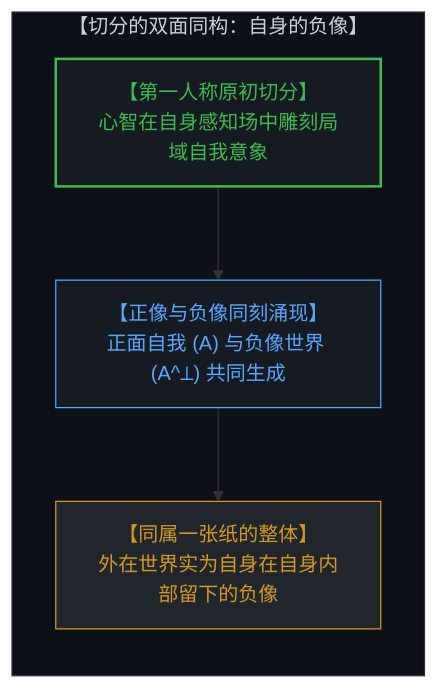
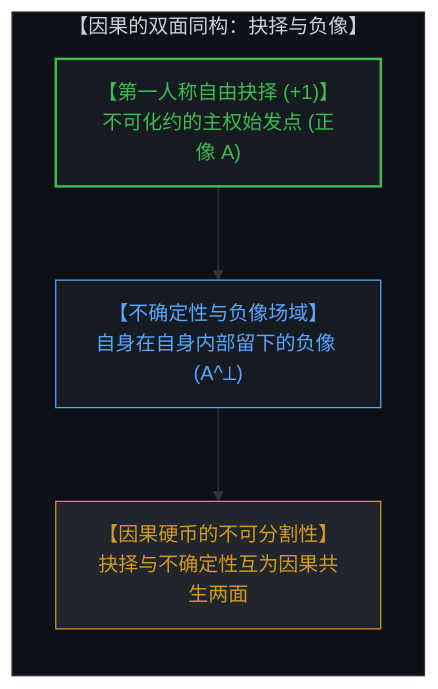
The third of 6 diagrams in content/posts/the-geometry-of-coexistence-and-the-dual-cut.md (powerpig99/not-a-toe), drawn with Mermaid before and after one commit. The commit also changed other lines of this file and 3 other files, not shown here.

Commit message:
Refine Post 312: Causal coin diagnostic framework, Yoneda structuralist boundary, and negative image of the self

````diff
--- a/content/posts/the-geometry-of-coexistence-and-the-dual-cut.md
+++ b/content/posts/the-geometry-of-coexistence-and-the-dual-cut.md
@@ -69,15 +81,15 @@
 ```mermaid
 graph TD
-    subgraph DualityCut["【切分的双面同构：自身的负像】"]
+    subgraph CausalCoin["【因果的双面同构：抉择与负像】"]
         direction TB
-        FirstPersonCut["【第一人称原初切分】<br>心智在自身感知场中雕刻局域自我意象"]
-        PositiveNegativePair["【正像与负像同刻涌现】<br>正面自我 (A) 与负像世界 (A^⟂) 共同生成"]
-        UnifiedField["【同属一张纸的整体】<br>外在世界实为自身在自身内部留下的负像"]
-        FirstPersonCut --> PositiveNegativePair
-        PositiveNegativePair --> UnifiedField
+        SovereignChoice["【第一人称自由抉择 (+1)】<br>不可化约的主权始发点 (正像 A)"]
+        OpenIndeterminism["【不确定性与负像场域】<br>自身在自身内部留下的负像 (A^⟂)"]
+        UnifiedCausality["【因果硬币的不可分割性】<br>抉择与不确定性互为因果共生两面"]
+        SovereignChoice --> OpenIndeterminism
+        OpenIndeterminism --> UnifiedCausality
     end
-    style DualityCut fill:#0d1117,stroke:#30363d,stroke-width:1px,color:#c9d1d9
-    style FirstPersonCut fill:#161b22,stroke:#3fb950,stroke-width:2px,color:#3fb950
-    style PositiveNegativePair fill:#161b22,stroke:#58a6ff,stroke-width:1px,color:#58a6ff
-    style UnifiedField fill:#21262d,stroke:#d29922,stroke-width:1px,color:#d29922
+    style CausalCoin fill:#0d1117,stroke:#30363d,stroke-width:1px,color:#c9d1d9
+    style SovereignChoice fill:#161b22,stroke:#3fb950,stroke-width:2px,color:#3fb950
+    style OpenIndeterminism fill:#161b22,stroke:#58a6ff,stroke-width:1px,color:#58a6ff
+    style UnifiedCausality fill:#21262d,stroke:#d29922,stroke-width:1px,color:#d29922
 ```
````
